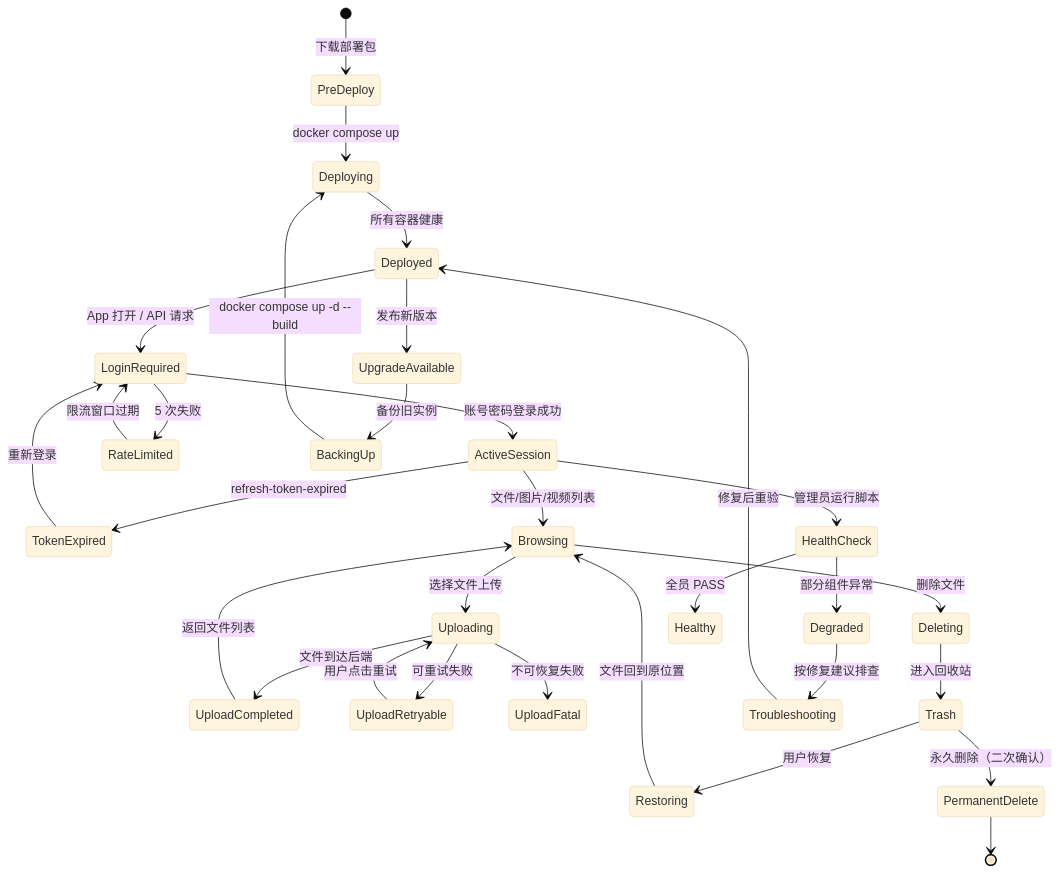
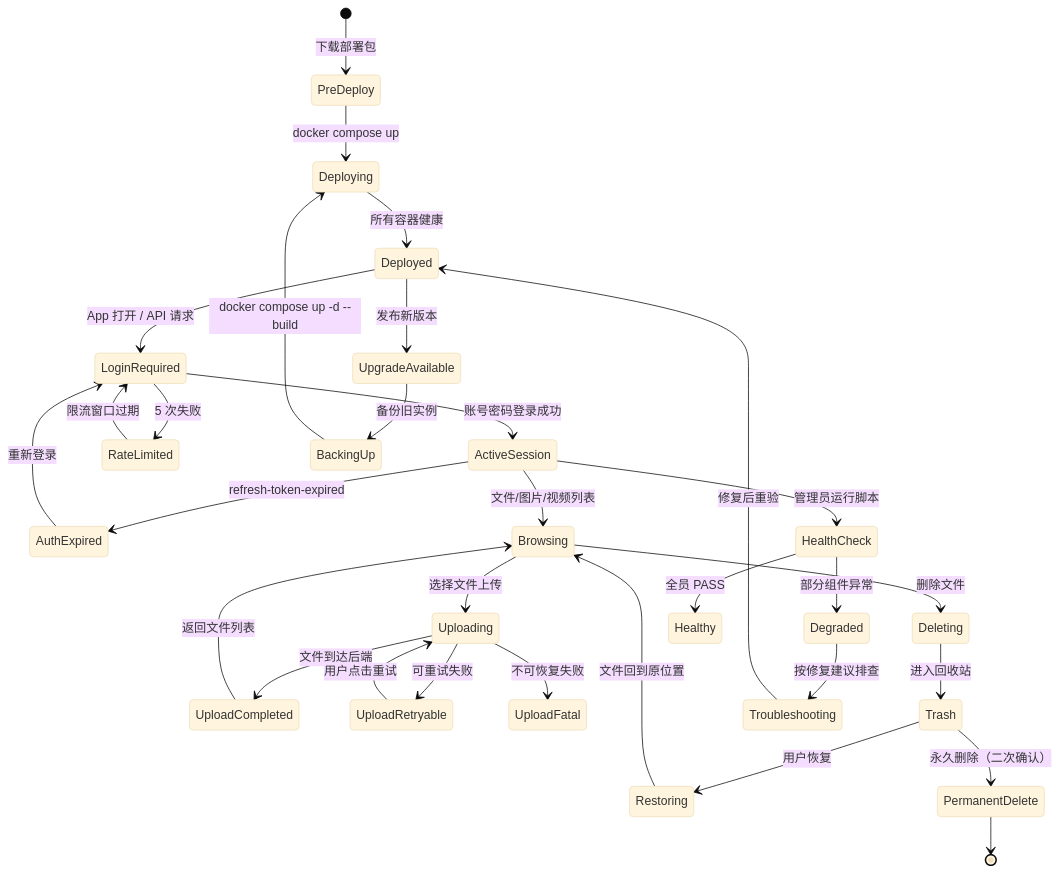
The seventh of 7 diagrams in docs/scenario-matrix-v1.0-rc.md (253513374/PrivateCloudDrive), drawn with Mermaid (base theme) before and after one commit.

Commit message:
fix: rename TokenExpired to AuthExpired in Mermaid diagram to avoid secret-log-scan false positive
The state name TokenExpired contains TOKEN keyword, and Mermaid's
'source --> target: label' syntax creates a false SECRET_ASSIGNMENT
match on 'TokenExpired: refresh-token-expired'.

````diff
--- a/docs/scenario-matrix-v1.0-rc.md
+++ b/docs/scenario-matrix-v1.0-rc.md
@@ -360,33 +360,33 @@
 ```mermaid
 stateDiagram-v2
     [*] --> PreDeploy: 下载部署包
     PreDeploy --> Deploying: docker compose up
     Deploying --> Deployed: 所有容器健康
     Deployed --> LoginRequired: App 打开 / API 请求
     LoginRequired --> ActiveSession: 账号密码登录成功
     LoginRequired --> RateLimited: 5 次失败
     RateLimited --> LoginRequired: 限流窗口过期
-    ActiveSession --> TokenExpired: refresh-token-expired
-    TokenExpired --> LoginRequired: 重新登录
+    ActiveSession --> AuthExpired: refresh-token-expired
+    AuthExpired --> LoginRequired: 重新登录
     ActiveSession --> Browsing: 文件/图片/视频列表
     Browsing --> Uploading: 选择文件上传
     Uploading --> UploadCompleted: 文件到达后端
     Uploading --> UploadRetryable: 可重试失败
     Uploading --> UploadFatal: 不可恢复失败
     UploadRetryable --> Uploading: 用户点击重试
     UploadCompleted --> Browsing: 返回文件列表
     Browsing --> Deleting: 删除文件
     Deleting --> Trash: 进入回收站
     Trash --> Restoring: 用户恢复
     Restoring --> Browsing: 文件回到原位置
     Trash --> PermanentDelete: 永久删除（二次确认）
     PermanentDelete --> [*]
     ActiveSession --> HealthCheck: 管理员运行脚本
     HealthCheck --> Degraded: 部分组件异常
     HealthCheck --> Healthy: 全员 PASS
     Degraded --> Troubleshooting: 按修复建议排查
     Troubleshooting --> Deployed: 修复后重验
     Deployed --> UpgradeAvailable: 发布新版本
     UpgradeAvailable --> BackingUp: 备份旧实例
     BackingUp --> Deploying: docker compose up -d --build
 ```
````
